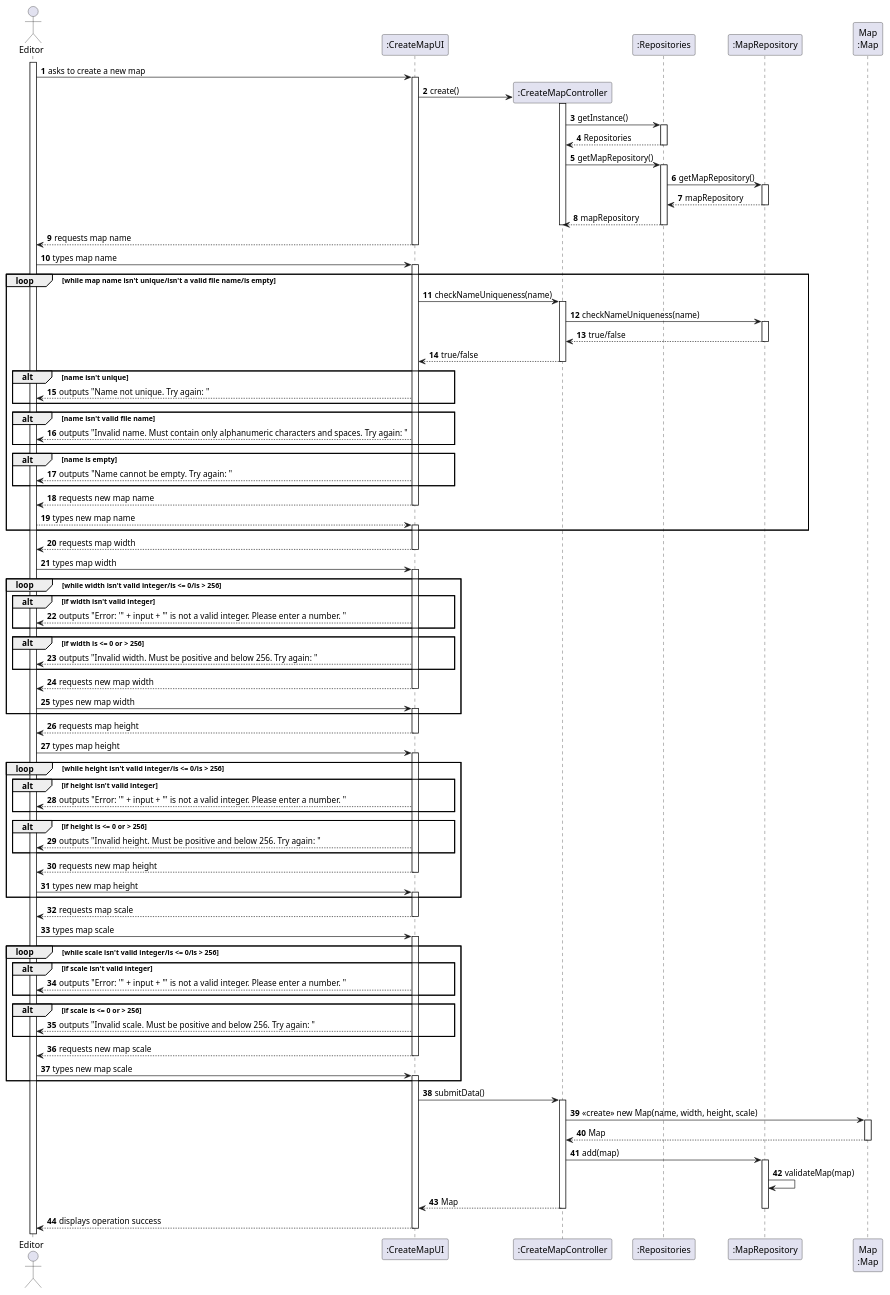
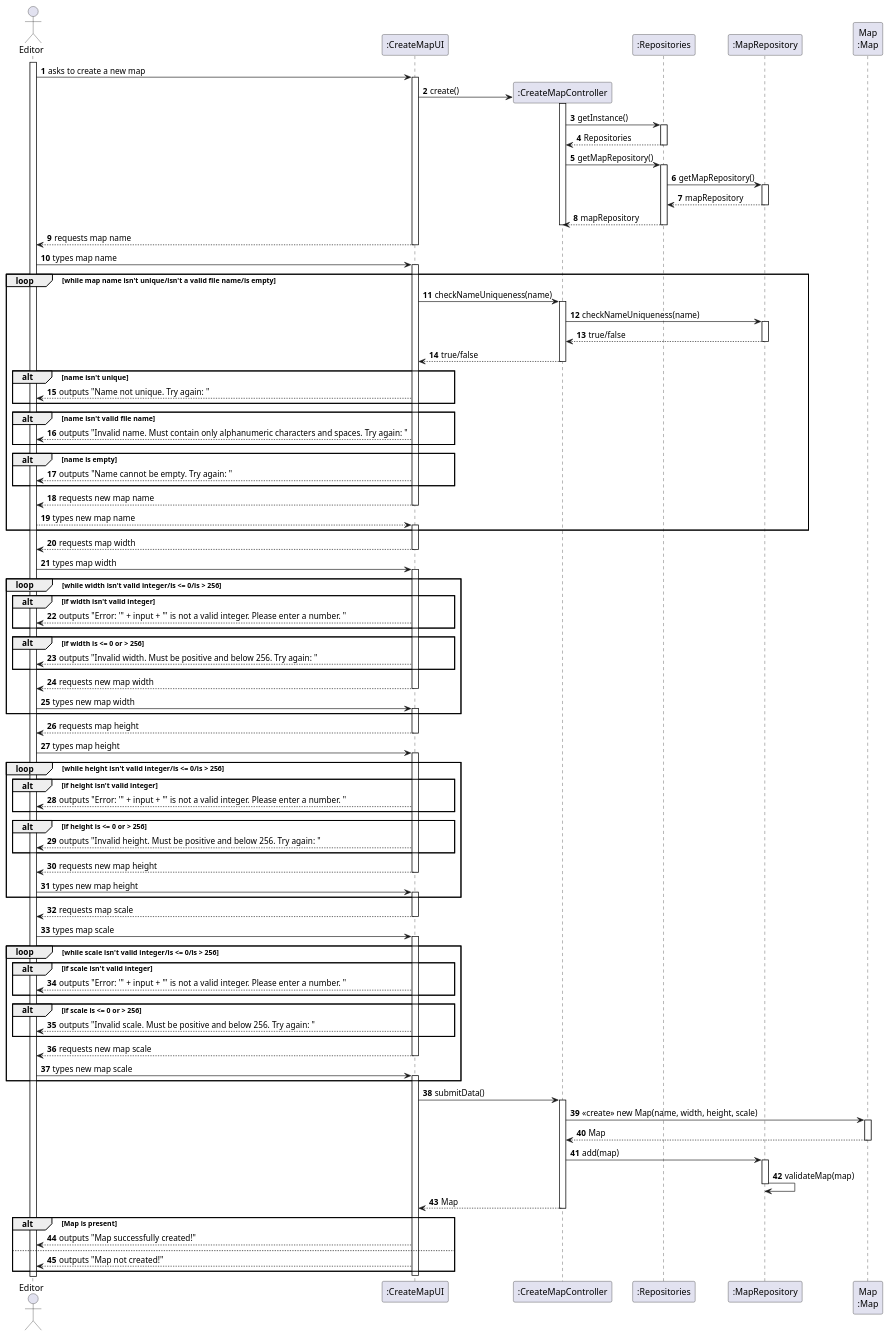
One commit to goncalolopesp/sem2-pi-24.25-g093-repo changed the diagram in docs/system-documentation/US001/03.design/puml/US001-SD.puml. Above: the diagram before and after it, drawn with PlantUML. The commit also changed 3 other files, not shown here.

Commit message:
US004 (docs) - Updated full sequence diagram

```diff
--- a/docs/system-documentation/US001/03.design/puml/US001-SD.puml
+++ b/docs/system-documentation/US001/03.design/puml/US001-SD.puml
@@ -1,161 +1,165 @@
 @startuml
 actor User as "Editor"
 autonumber
 participant ":CreateMapUI" as UI
 participant ":CreateMapController" as Controller
 participant ":Repositories" as Repositories
 participant ":MapRepository" as Repo
 participant "Map\n:Map" as MapClass
 
 
 activate User
 User -> UI : asks to create a new map
 activate UI
 
 UI -> Controller** : create()
 activate Controller
 
 Controller -> Repositories : getInstance()
 activate Repositories
 
 Repositories --> Controller : Repositories
 deactivate Repositories
 
 Controller -> Repositories : getMapRepository()
 activate Repositories
 
 Repositories -> Repo : getMapRepository()
 activate Repo
 
 Repo --> Repositories : mapRepository
 deactivate Repo
 
 Repositories --> Controller : mapRepository
 deactivate Repositories
 deactivate Controller
 
 UI --> User : requests map name
 deactivate UI
 
 User -> UI : types map name
 activate UI
 
 loop while map name isn't unique/isn't a valid file name/is empty
     UI -> Controller : checkNameUniqueness(name)
     activate Controller
 
     Controller -> Repo : checkNameUniqueness(name)
     activate Repo
 
     Repo --> Controller : true/false
     deactivate Repo
 
     Controller --> UI : true/false
     deactivate Controller
 
     alt name isn't unique
         UI --> User : outputs "Name not unique. Try again: "
     end
 
     alt name isn't valid file name
         UI --> User : outputs "Invalid name. Must contain only alphanumeric characters and spaces. Try again: "
     end
 
     alt name is empty
         UI --> User : outputs "Name cannot be empty. Try again: "
     end
 
     UI --> User : requests new map name
     deactivate UI
 
     User --> UI : types new map name
     activate UI
 end
 
 UI --> User : requests map width
 deactivate UI
 
 User -> UI : types map width
 activate UI
 
 loop while width isn't valid integer/is <= 0/is > 256
     alt if width isn't valid integer
         UI --> User: outputs "Error: '" + input + "' is not a valid integer. Please enter a number. "
     end
 
     alt if width is <= 0 or > 256
         UI --> User : outputs "Invalid width. Must be positive and below 256. Try again: "
     end
 
     UI --> User : requests new map width
     deactivate UI
 
     User -> UI : types new map width
     activate UI
 end
 
 UI --> User : requests map height
 deactivate UI
 
 User -> UI : types map height
 activate UI
 
 loop while height isn't valid integer/is <= 0/is > 256
     alt if height isn't valid integer
         UI --> User: outputs "Error: '" + input + "' is not a valid integer. Please enter a number. "
     end
 
     alt if height is <= 0 or > 256
         UI --> User : outputs "Invalid height. Must be positive and below 256. Try again: "
     end
 
     UI --> User : requests new map height
     deactivate UI
 
     User -> UI : types new map height
     activate UI
 end
 
 UI --> User : requests map scale
 deactivate UI
 
 User -> UI : types map scale
 activate UI
 
 loop while scale isn't valid integer/is <= 0/is > 256
     alt if scale isn't valid integer
         UI --> User: outputs "Error: '" + input + "' is not a valid integer. Please enter a number. "
     end
 
     alt if scale is <= 0 or > 256
         UI --> User : outputs "Invalid scale. Must be positive and below 256. Try again: "
     end
 
     UI --> User : requests new map scale
     deactivate UI
 
     User -> UI : types new map scale
     activate UI
 end
 
 UI -> Controller : submitData()
 activate Controller
 
 Controller -> MapClass : <<create>> new Map(name, width, height, scale)
 activate MapClass
 
 MapClass --> Controller : Map
 deactivate MapClass
 
 Controller -> Repo : add(map)
 activate Repo
 
 Repo -> Repo : validateMap(map)
+deactivate Repo
 
 Controller --> UI : Map
-deactivate Repo
 deactivate Controller
 
-UI --> User : displays operation success
+alt Map is present
+    UI --> User : outputs "Map successfully created!"
+else
+    UI --> User : outputs "Map not created!"
+end
 deactivate UI
 @enduml
```
